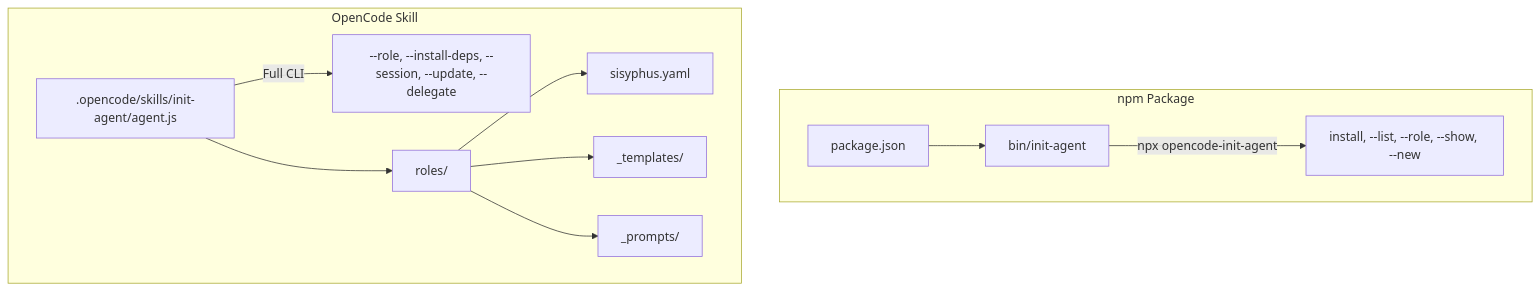
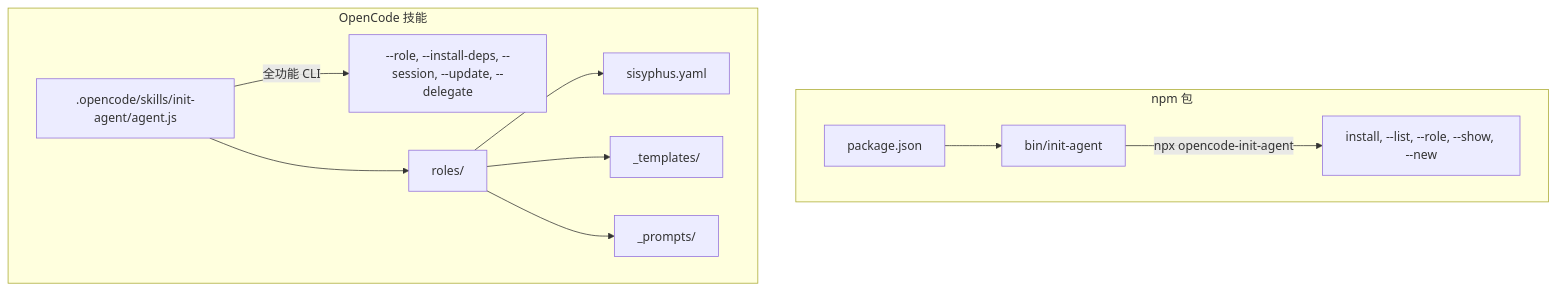
Before and after one commit to fifaliao/smartAgent: the diagram in README.md, drawn with Mermaid. The commit also changed other lines of this file and 1 other file, not shown here.

````diff
--- a/README.md
+++ b/README.md
@@ -137,14 +137,14 @@
 ```mermaid
 graph TD
-    subgraph "npm Package"
+    subgraph "npm 包"
         A[package.json] --> B[bin/init-agent]
         B -->|"npx opencode-init-agent"| C[install, --list, --role, --show, --new]
     end
-    subgraph "OpenCode Skill"
-        D[.opencode/skills/init-agent/agent.js] -->|"Full CLI"| E[--role, --install-deps, --session, --update, --delegate]
+    subgraph "OpenCode 技能"
+        D[.opencode/skills/init-agent/agent.js] -->|"全功能 CLI"| E[--role, --install-deps, --session, --update, --delegate]
         D --> F[roles/]
         F --> G[sisyphus.yaml]
         F --> H[_templates/]
         F --> I[_prompts/]
     end
 ```
````
